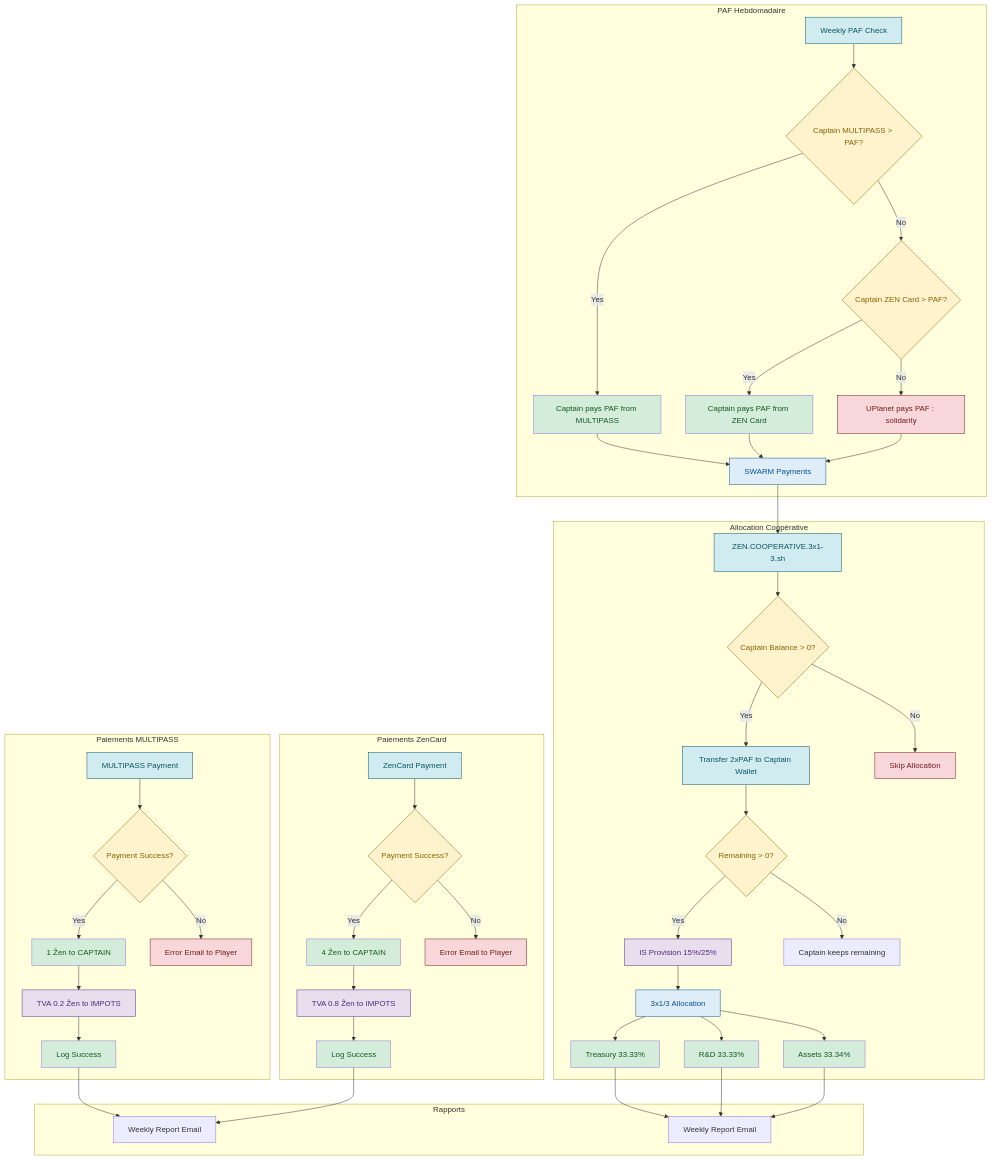
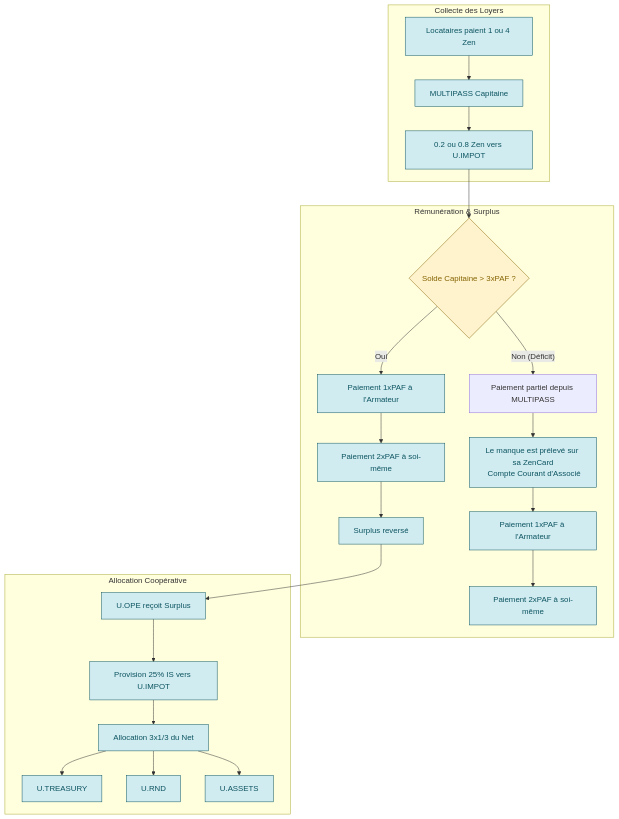
The diagram in RUNTIME/ZEN.ECONOMY.readme.md (papiche/Astroport.ONE), drawn with Mermaid before and after one commit. The commit also changed other lines of this file, not shown here.

````diff
--- a/RUNTIME/ZEN.ECONOMY.readme.md
+++ b/RUNTIME/ZEN.ECONOMY.readme.md
@@ -252,73 +90,39 @@
 ```mermaid
 graph TD
     %% Styling definitions
-    classDef success fill:#d4edda,stroke:##155724,color:#155724
+    classDef success fill:#d4edda,stroke:#155724,color:#155724
     classDef error fill:#f8d7da,stroke:#721c24,color:#721c24
     classDef process fill:#d1ecf1,stroke:#0c5460,color:#0c5460
     classDef decision fill:#fff3cd,stroke:#856404,color:#856404
     classDef payment fill:#e8deee,stroke:#4a2d7e,color:#4a2d7e
     classDef allocation fill:#deedf7,stroke:#0b5394,color:#0b5394
 
-    %% MULTIPASS Payment Flow
-    subgraph "Paiements MULTIPASS"
-        A[MULTIPASS Payment] --> B{Payment Success?}
-        B -->|Yes| C[1 Ẑen to CAPTAIN]
-        B -->|No| D[Error Email to Player]
-        C --> E[TVA 0.2 Ẑen to IMPOTS]
-        E --> F[Log Success]
+    subgraph "Collecte des Loyers"
+        A[Locataires paient 1 ou 4 Zen] --> B[MULTIPASS Capitaine]
+        B --> C[0.2 ou 0.8 Zen vers U.IMPOT]
     end
 
-    %% ZenCard Payment Flow
-    subgraph "Paiements ZenCard"
-        G[ZenCard Payment] --> H{Payment Success?}
-        H -->|Yes| I[4 Ẑen to CAPTAIN]
-        H -->|No| J[Error Email to Player]
-        I --> K[TVA 0.8 Ẑen to IMPOTS]
-        K --> L[Log Success]
+    subgraph "Rémunération & Surplus"
+        C --> D{Solde Capitaine > 3xPAF ?}
+        D -- "Oui" --> E[Paiement 1xPAF à l'Armateur]
+        E --> F[Paiement 2xPAF à soi-même]
+        F --> G[Surplus reversé]
+        D -- "Non (Déficit)" --> H[Paiement partiel depuis MULTIPASS]
+        H --> I[Le manque est prélevé sur sa ZenCard<br> Compte Courant d'Associé]
+        I --> J[Paiement 1xPAF à l'Armateur]
+        J --> K[Paiement 2xPAF à soi-même]
     end
 
-    %% Weekly PAF Flow
-    subgraph "PAF Hebdomadaire"
-        M[Weekly PAF Check] --> N{Captain MULTIPASS > PAF?}
-        N -->|Yes| O[Captain pays PAF from MULTIPASS]
-        N -->|No| P{Captain ZEN Card > PAF?}
-        P -->|Yes| Q[Captain pays PAF from ZEN Card]
-        P -->|No| R[UPlanet pays PAF : solidarity]
-        O --> S[SWARM Payments]
-        Q --> S
-        R --> S
-    end
-
-    %% Cooperative Allocation
     subgraph "Allocation Coopérative"
-        S --> T[ZEN.COOPERATIVE.3x1-3.sh]
-        T --> U{Captain Balance > 0?}
-        U -->|Yes| V[Transfer 2xPAF to Captain Wallet]
-        U -->|No| W[Skip Allocation]
-        V --> X{Remaining > 0?}
-        X -->|Yes| Y[IS Provision 15%/25%]
-        X -->|No| Z[Captain keeps remaining]
-        Y --> AA[3x1/3 Allocation]
-        AA --> BB[Treasury 33.33%]
-        AA --> CC[R&D 33.33%]
-        AA --> DD[Assets 33.34%]
-    end
-
-    %% Email Reports
-    subgraph "Rapports"
-        F --> EE[Weekly Report Email]
-        L --> EE
-        BB --> FF[Weekly Report Email]
-        CC --> FF
-        DD --> FF
+        G --> L[U.OPE reçoit Surplus]
+        L --> M[Provision 25% IS vers U.IMPOT]
+        M --> N[Allocation 3x1/3 du Net]
+        N --> O[U.TREASURY]
+        N --> P[U.RND]
+        N --> Q[U.ASSETS]
     end
 
     %% Apply styling
-    class C,I,O,Q,F,L,BB,CC,DD success
-    class D,J,R,W error
-    class A,G,M,T,V process
-    class B,H,N,P,U,X decision
-    class E,K,Y payment
-    class S,AA allocation
-   
+    class A,B,C,E,F,G,I,J,K,L,M,N,O,P,Q process
+    class D decision
 ```
````
